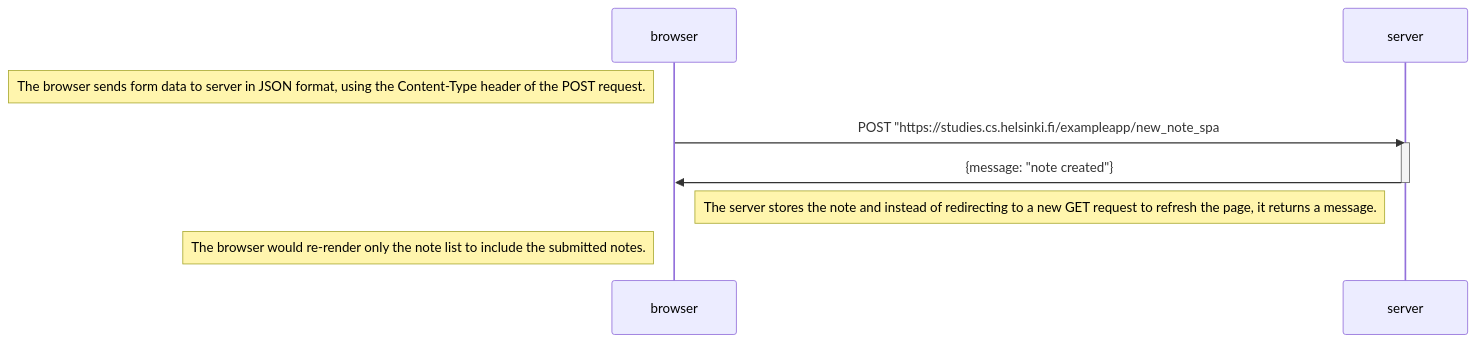
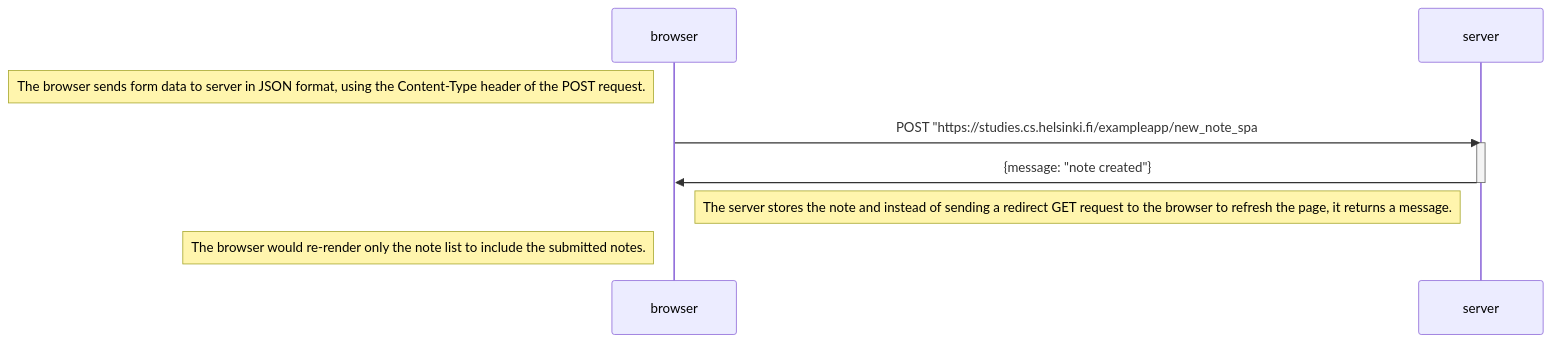
The diagram in task6_new_note_in_spa.md (jacksong96/fullstackopen_part0), drawn with Mermaid before and after one commit.

````diff
--- a/task6_new_note_in_spa.md
+++ b/task6_new_note_in_spa.md
@@ -1,15 +1,15 @@
 ```mermaid
 sequenceDiagram
 participant browser
 participant server
   Note left of browser: The browser sends form data to server in JSON format, using the Content-Type header of the POST request.
   browser->>server: POST "https://studies.cs.helsinki.fi/exampleapp/new_note_spa
   activate server
   server->>browser: {message: "note created"}
   deactivate server
-  Note right of browser: The server stores the note and instead of redirecting to a new GET request to refresh the page, it returns a message.
+  Note right of browser: The server stores the note and instead of sending a redirect GET request to the browser to refresh the page, it returns a message.
   Note left of browser: The browser would re-render only the note list to include the submitted notes.
 
 
 
 ```
````
